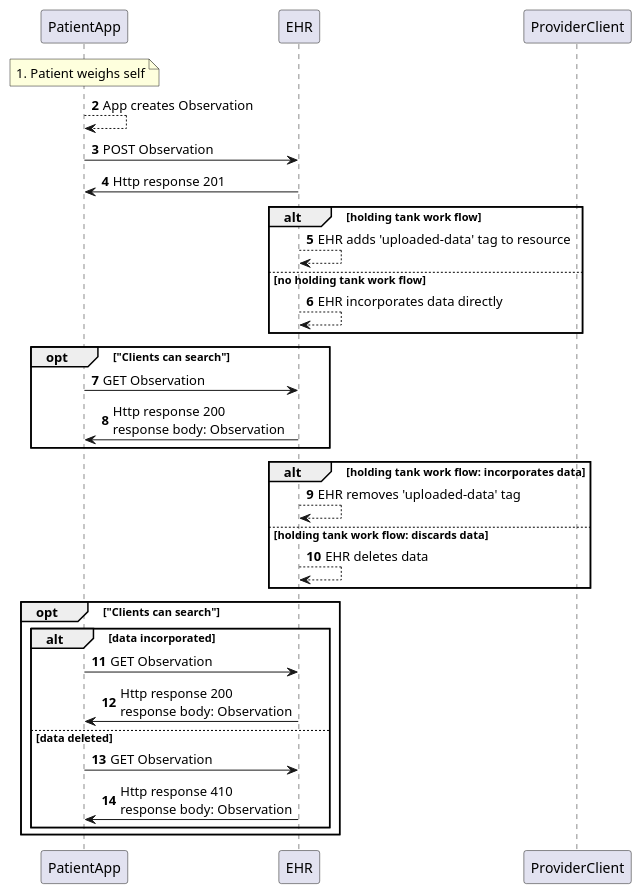
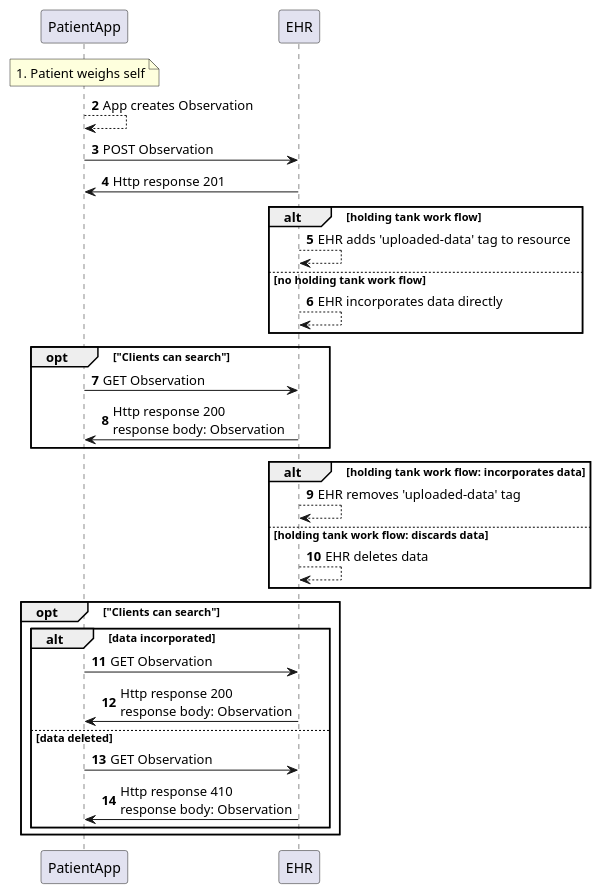
The diagram in notes/Use Case 1.md (argonautproject/argo-write), drawn with PlantUML before and after one commit.

````diff
--- a/notes/Use Case 1.md
+++ b/notes/Use Case 1.md
@@ -32,39 +32,38 @@
 ```plantuml
 @startuml
 autonumber 2
  
 Participant PatientApp 
-Participant EHR
-Participant ProviderClient 
+Participant EHR 
     Note over PatientApp: 1. Patient weighs self
     PatientApp-->PatientApp: App creates Observation
     PatientApp->EHR: POST Observation
     EHR->PatientApp: Http response 201
 
     alt holding tank work flow
         EHR-->EHR: EHR adds 'uploaded-data' tag to resource
     else no holding tank work flow
         EHR-->EHR: EHR incorporates data directly
     end
 
     Opt "Clients can search"
         PatientApp -> EHR: GET Observation
         EHR->PatientApp: Http response 200\nresponse body: Observation
     End
     alt holding tank work flow: incorporates data
        EHR-->EHR: EHR removes 'uploaded-data' tag
     else holding tank work flow: discards data
         EHR-->EHR: EHR deletes data
     end
         
     Opt "Clients can search"
     alt data incorporated
     PatientApp -> EHR: GET Observation
     EHR->PatientApp: Http response 200\nresponse body: Observation
     else data deleted
     PatientApp -> EHR: GET Observation
     EHR->PatientApp: Http response 410\nresponse body: Observation
     end
     End
 @enduml
 ```
````
